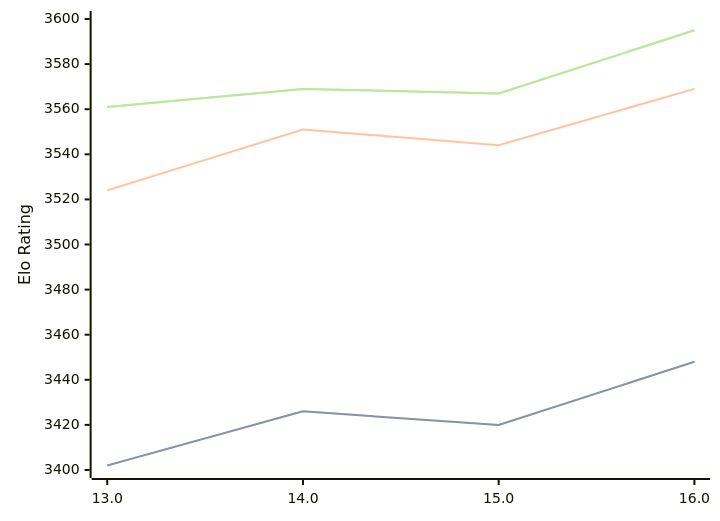
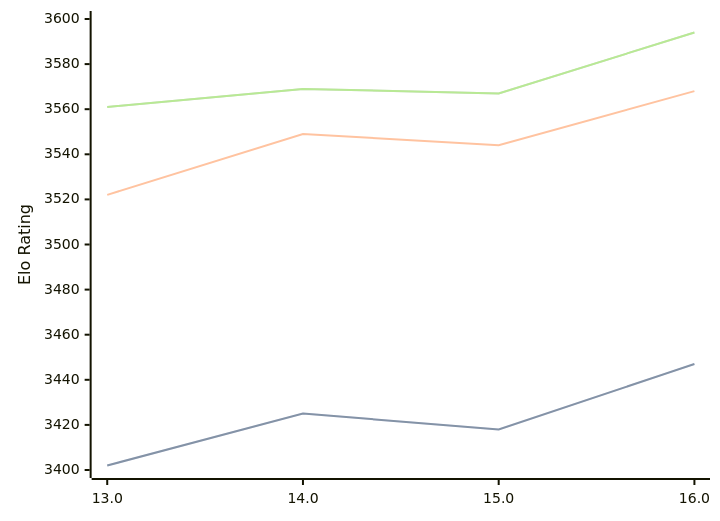
Before and after one commit to computer-chess-index/cci: the diagram in engines/Obsidian.md, drawn with Mermaid. The commit also changed other lines of this file, not shown here.

Commit message:
Update CCI Ratings (ELO VLTC) - 2026-10-01

````diff
--- a/engines/Obsidian.md
+++ b/engines/Obsidian.md
@@ -34,11 +34,11 @@
 ```mermaid
 %%{init: {"theme":"base","themeVariables":{"seriesColors:['#a3a3a3','#222221','#faa371']}}}%%
 xychart-beta
   x-axis ["13.0", "14.0", "15.0", "16.0"]
   y-axis "Elo Rating" 3400 --> 3600
-  line "" [3402, 3426, 3420, 3448]
-  line "STC (8.0+0.08s)" [3402, 3426, 3420, 3448]
-  line "LTC (60.0+0.60s)" [3524, 3551, 3544, 3569]
-  line "" [3561, 3569, 3567, 3595]
-  line "VLTC (2m24s+1.12s)" [3561, 3569, 3567, 3595]
+  line "" [3402, 3425, 3418, 3447]
+  line "STC (8.0+0.08s)" [3402, 3425, 3418, 3447]
+  line "LTC (60.0+0.60s)" [3522, 3549, 3544, 3568]
+  line "" [3561, 3569, 3567, 3594]
+  line "VLTC (2m24s+1.12s)" [3561, 3569, 3567, 3594]
 ```
````
